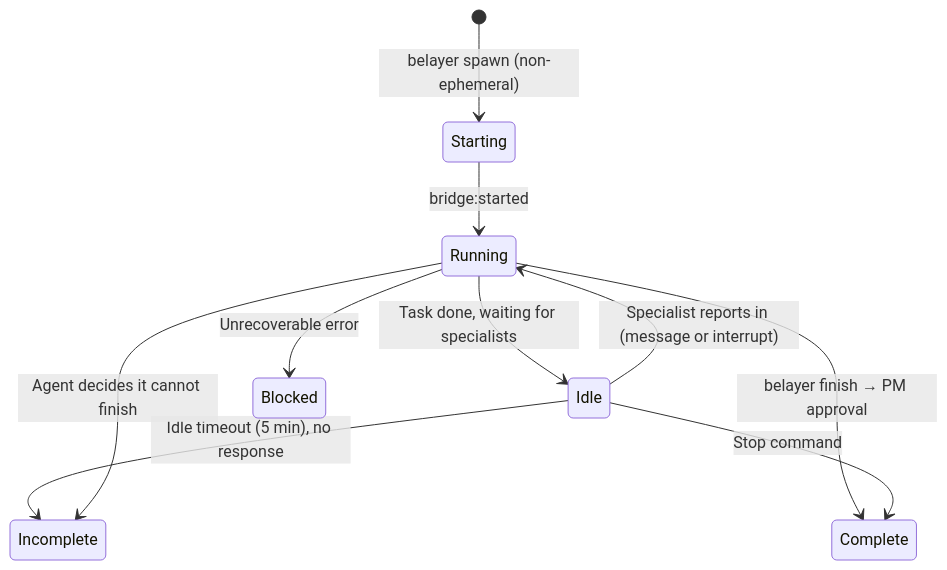
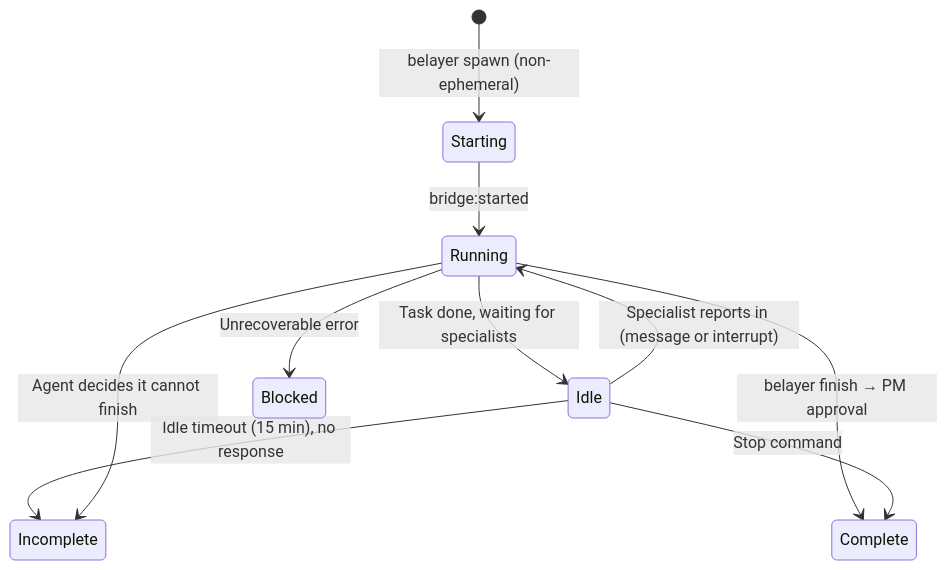
Before and after one commit to donovan-yohan/belayer: the sixth of 12 diagrams in docs/AGENT_ARCHITECTURE.md, drawn with Mermaid. The commit also changed other lines of this file and 7 other files, not shown here.

````diff
--- a/docs/AGENT_ARCHITECTURE.md
+++ b/docs/AGENT_ARCHITECTURE.md
@@ -316,12 +327,12 @@
 ```mermaid
 stateDiagram-v2
     [*] --> Starting: belayer spawn (non-ephemeral)
     Starting --> Running: bridge:started
     Running --> Idle: Task done, waiting for specialists
     Idle --> Running: Specialist reports in (message or interrupt)
-    Idle --> Incomplete: Idle timeout (5 min), no response
+    Idle --> Incomplete: Idle timeout (15 min), no response
     Running --> Complete: belayer finish → PM approval
     Running --> Blocked: Unrecoverable error
     Running --> Incomplete: Agent decides it cannot finish
     Idle --> Complete: Stop command
 ```
````
